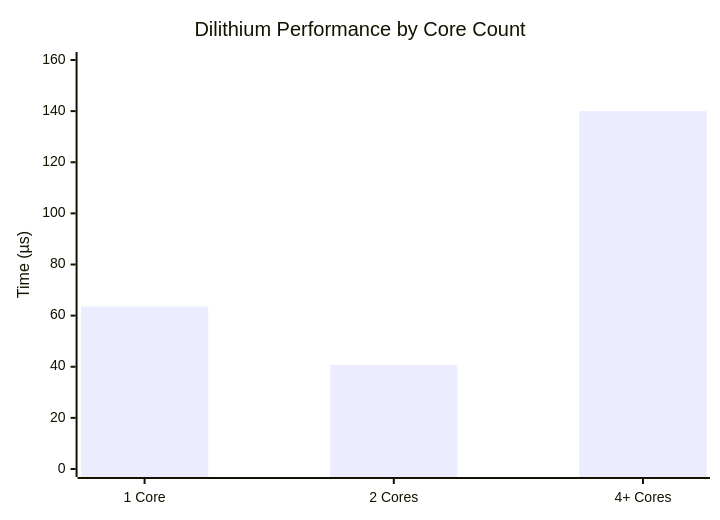
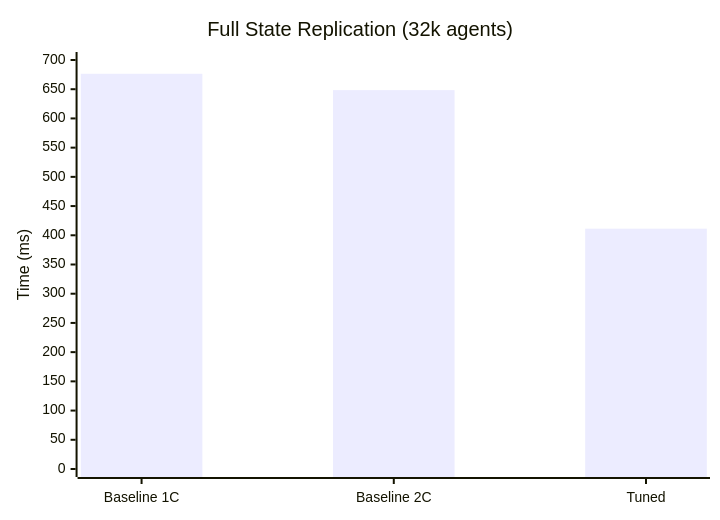
One commit to Rafned/Krait-Ecosystem changed the seventh of 7 diagrams in docs/BENCHMARKS.MD. Above: the diagram before and after it, drawn with Mermaid. The commit also changed other lines of this file, not shown here.

````diff
--- a/docs/BENCHMARKS.MD
+++ b/docs/BENCHMARKS.MD
@@ -322,7 +245,7 @@
 ```mermaid
 xychart-beta
-    title "Dilithium Performance by Core Count"
-    x-axis ["1 Core", "2 Cores", "4+ Cores"]
-    y-axis "Time (µs)" 0 --> 160
-    bar [63.6, 40.7, 140]
+    title "Full State Replication (32k agents)"
+    x-axis ["Baseline 1C", "Baseline 2C", "Tuned"]
+    y-axis "Time (ms)" 0 --> 700
+    bar [676.4, 648.4, 411.3]
 ```
````
